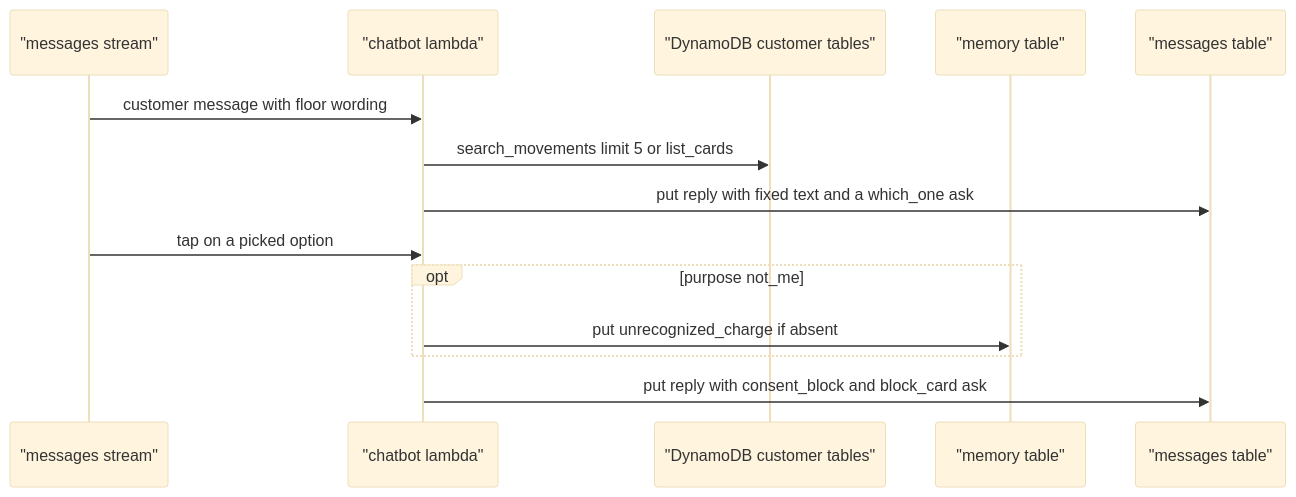
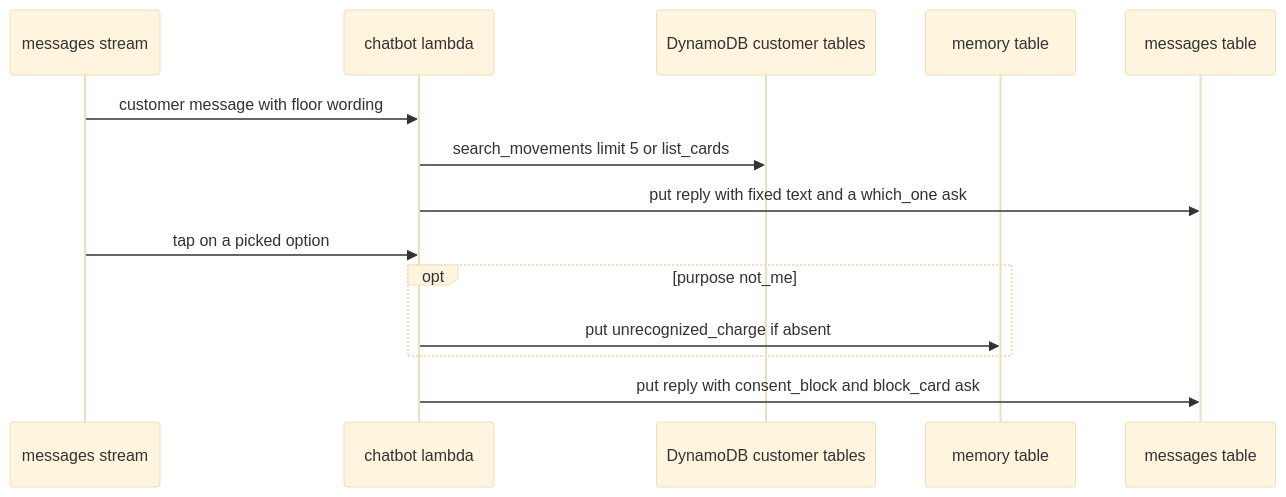
The fourth of 17 diagrams in docs/modules/assistant/flows.md (Team-ACGS/factored-hackathon-2026-acgs), drawn with Mermaid (base theme) before and after one commit. The commit also changed other lines of this file and 6 other files, not shown here.

Commit message:
docs(assistant,cases,data,identity,messaging): reviewer findings on flows and readme, round 2

````diff
--- a/docs/modules/assistant/flows.md
+++ b/docs/modules/assistant/flows.md
@@ -164,16 +172,16 @@
 ```mermaid
 sequenceDiagram
-  participant Stream as "messages stream"
-  participant Chatbot as "chatbot lambda"
-  participant Tables as "DynamoDB customer tables"
-  participant Memory as "memory table"
-  participant Messages as "messages table"
+  participant Stream as messages stream
+  participant Chatbot as chatbot lambda
+  participant Tables as DynamoDB customer tables
+  participant Memory as memory table
+  participant Messages as messages table
   Stream->>Chatbot: customer message with floor wording
   Chatbot->>Tables: search_movements limit 5 or list_cards
   Chatbot->>Messages: put reply with fixed text and a which_one ask
   Stream->>Chatbot: tap on a picked option
   opt purpose not_me
     Chatbot->>Memory: put unrecognized_charge if absent
   end
   Chatbot->>Messages: put reply with consent_block and block_card ask
 ```
````
